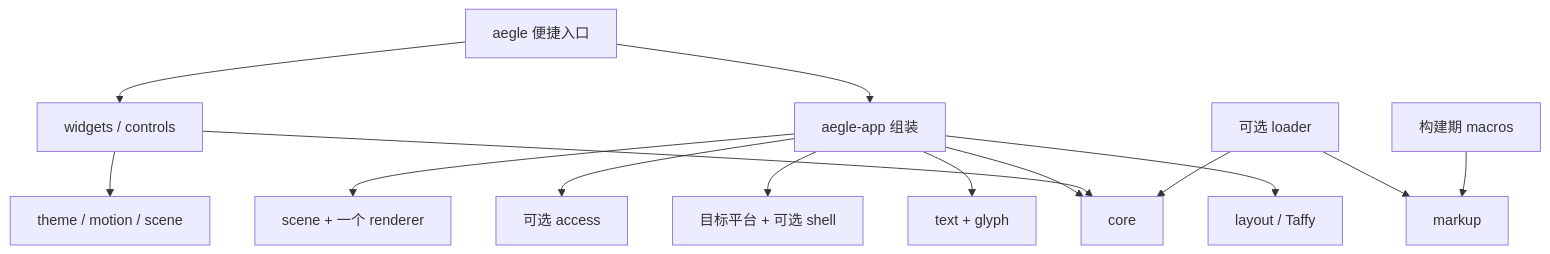
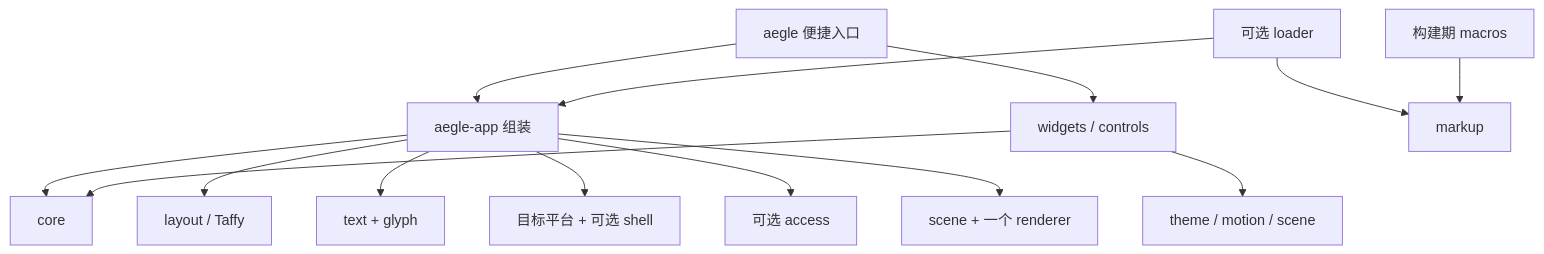
The diagram in docs/modules.md (antinomie1/aegle), drawn with Mermaid before and after one commit. The commit also changed other lines of this file and 45 other files, not shown here.

````diff
--- a/docs/modules.md
+++ b/docs/modules.md
@@ -71,16 +71,16 @@
 ```mermaid
 flowchart TD
   Facade[aegle 便捷入口] --> App[aegle-app 组装]
   App --> Core[core]
   App --> Layout[layout / Taffy]
   App --> Text[text + glyph]
   App --> Platform[目标平台 + 可选 shell]
   App --> Access[可选 access]
   App --> Render[scene + 一个 renderer]
   Facade --> Widgets[widgets / controls]
   Widgets --> Core
   Widgets --> Visual[theme / motion / scene]
-  Loader[可选 loader] --> Core
+  Loader[可选 loader] --> App
   Loader --> Markup[markup]
   Macros[构建期 macros] --> Markup
 ```
````
